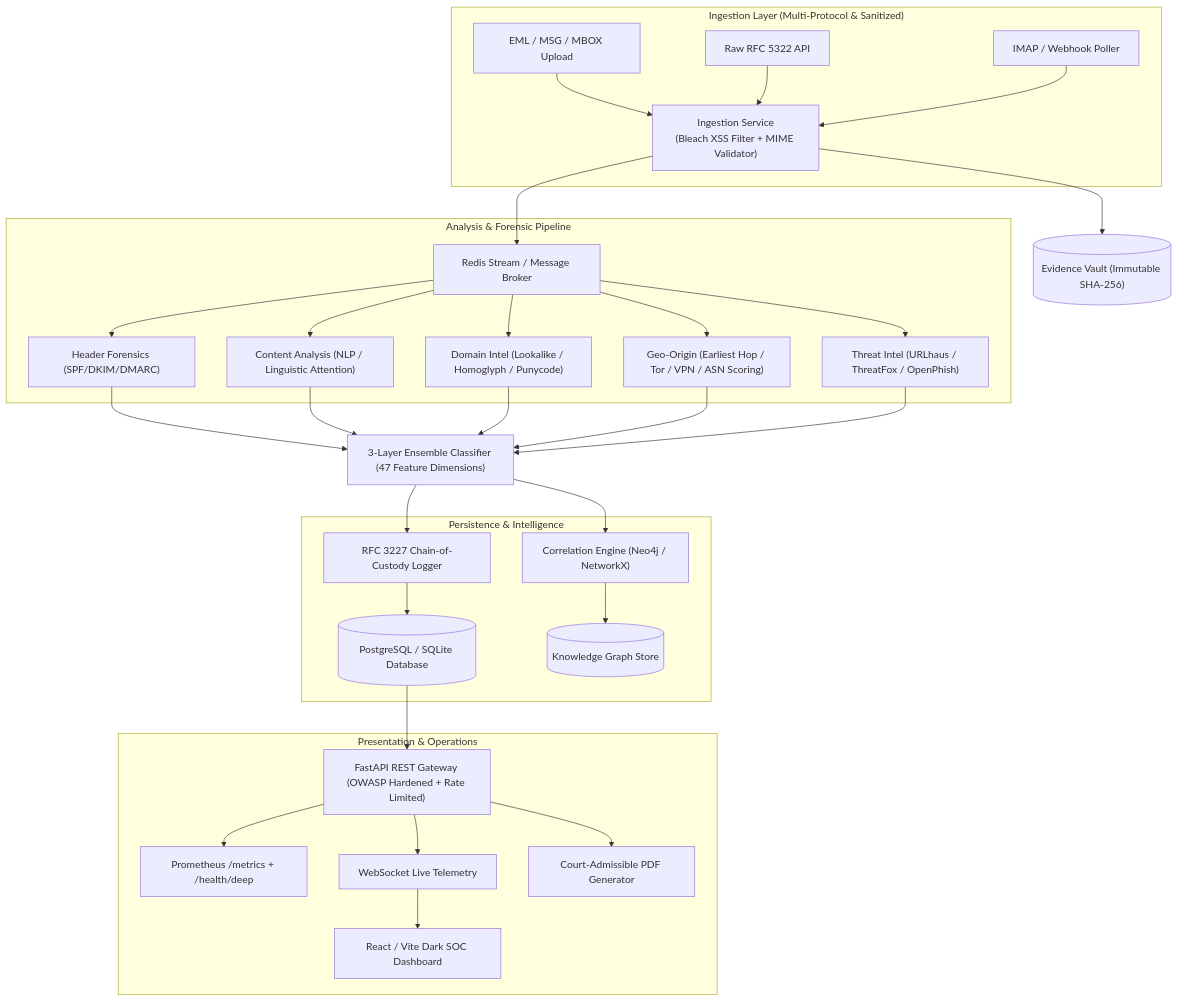
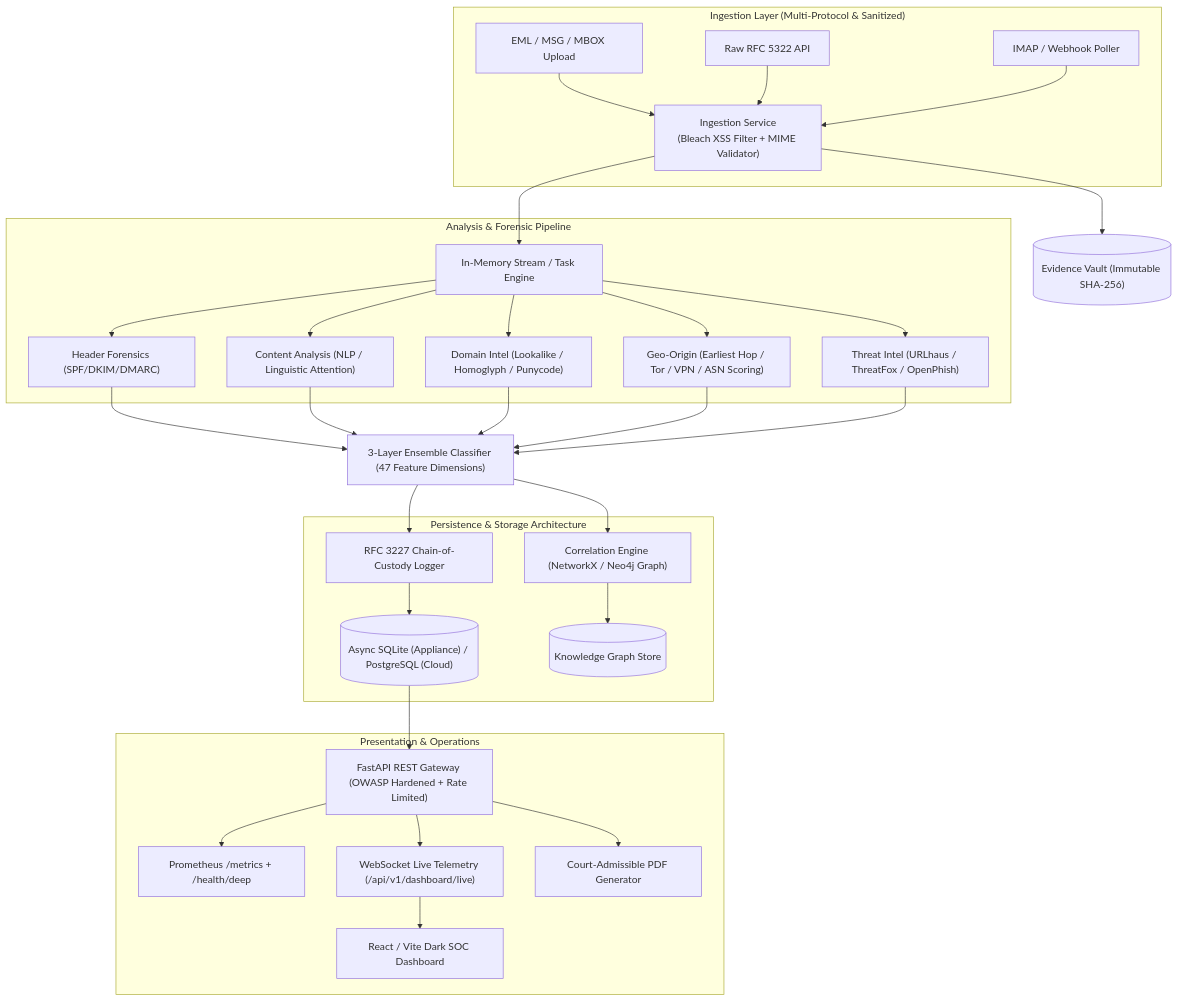
One commit to Parth-tab/SENTRY-AI-Powered-Email-Threat-Detection changed the diagram in README.md. Above: the diagram before and after it, drawn with Mermaid. The commit also changed other lines of this file and 26 other files, not shown here.

Commit message:
seal: canonical final report, single architecture truth, and verified freeze at HEAD

````diff
--- a/README.md
+++ b/README.md
@@ -31,41 +31,41 @@
 ```mermaid
 flowchart TD
     subgraph Ingestion["Ingestion Layer (Multi-Protocol & Sanitized)"]
         EML["EML / MSG / MBOX Upload"] --> Ingest["Ingestion Service\n(Bleach XSS Filter + MIME Validator)"]
         RAW["Raw RFC 5322 API"] --> Ingest
         IMAP["IMAP / Webhook Poller"] --> Ingest
     end
 
     Ingest --> Vault[("Evidence Vault (Immutable SHA-256)")]
-    Ingest --> Queue["Redis Stream / Message Broker"]
+    Ingest --> Queue["In-Memory Stream / Task Engine"]
 
     subgraph ForensicPipeline["Analysis & Forensic Pipeline"]
         Queue --> HF["Header Forensics (SPF/DKIM/DMARC)"]
         Queue --> CA["Content Analysis (NLP / Linguistic Attention)"]
         Queue --> DI["Domain Intel (Lookalike / Homoglyph / Punycode)"]
         Queue --> GO["Geo-Origin (Earliest Hop / Tor / VPN / ASN Scoring)"]
         Queue --> TI["Threat Intel (URLhaus / ThreatFox / OpenPhish)"]
     end
 
     HF --> ML["3-Layer Ensemble Classifier (47 Feature Dimensions)"]
     CA --> ML
     DI --> ML
     GO --> ML
     TI --> ML
 
-    ML --> Graph["Correlation Engine (Neo4j / NetworkX)"]
+    ML --> Graph["Correlation Engine (NetworkX / Neo4j Graph)"]
     ML --> COC["RFC 3227 Chain-of-Custody Logger"]
 
-    subgraph Storage["Persistence & Intelligence"]
-        COC --> PG[("PostgreSQL / SQLite Database")]
+    subgraph Storage["Persistence & Storage Architecture"]
+        COC --> PG[("Async SQLite (Appliance) / PostgreSQL (Cloud)")]
         Graph --> GraphDB[("Knowledge Graph Store")]
     end
 
     subgraph Presentation["Presentation & Operations"]
         PG --> API["FastAPI REST Gateway (OWASP Hardened + Rate Limited)"]
         API --> Prom["Prometheus /metrics + /health/deep"]
-        API --> WS["WebSocket Live Telemetry"]
+        API --> WS["WebSocket Live Telemetry (/api/v1/dashboard/live)"]
         WS --> UI["React / Vite Dark SOC Dashboard"]
         API --> PDF["Court-Admissible PDF Generator"]
     end
 ```
````
